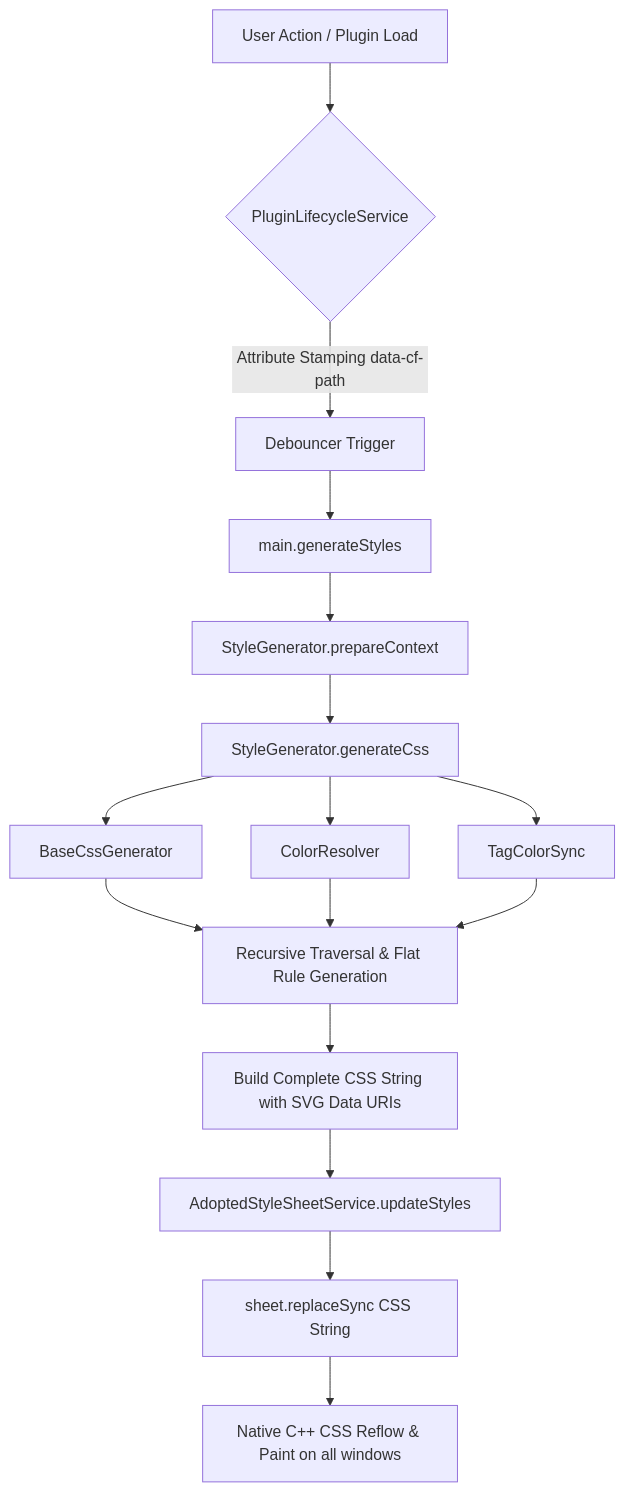
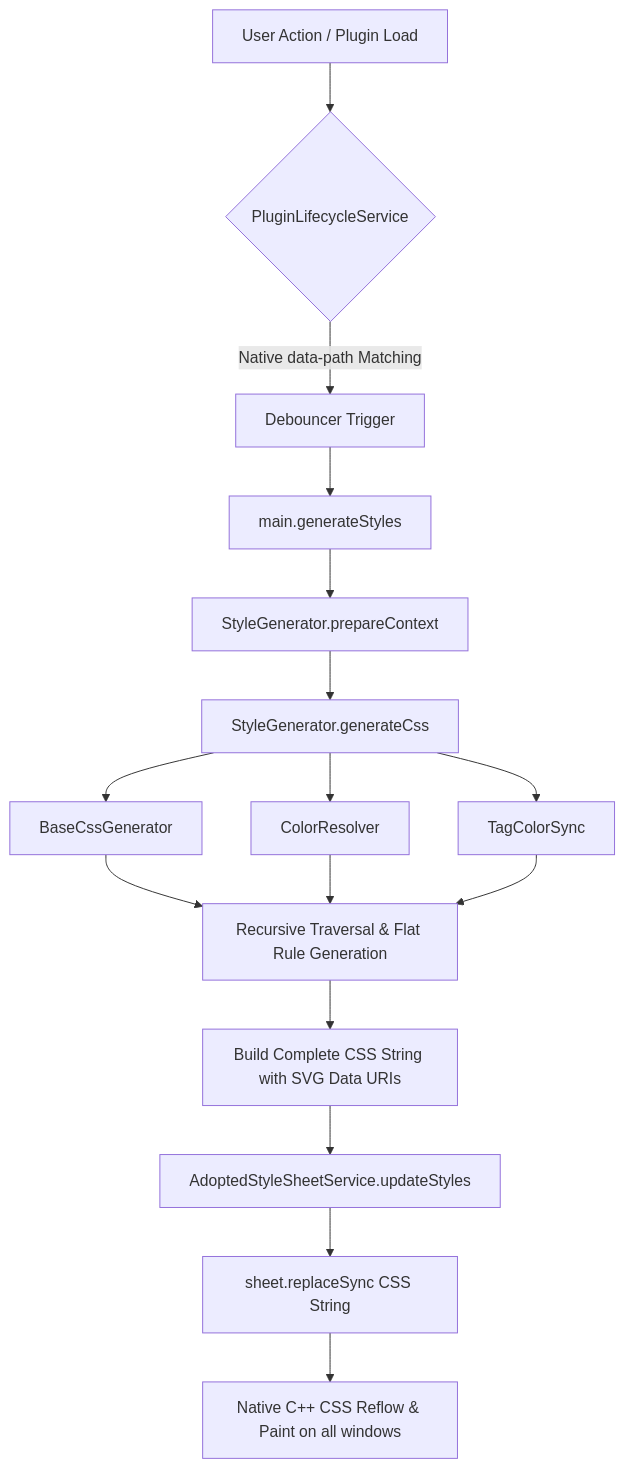
One commit to RohitNahar-Offical/colorful-folders-obsidian changed the first of 6 diagrams in docs/ARCHITECTURE.md. Above: the diagram before and after it, drawn with Mermaid. The commit also changed other lines of this file and 3 other files, not shown here.

Commit message:
docs: add comprehensive documentation covering architectural specs, engine internals, and codebase guides.

````diff
--- a/docs/ARCHITECTURE.md
+++ b/docs/ARCHITECTURE.md
@@ -21,18 +21,18 @@
 ```mermaid
 graph TD
     A[User Action / Plugin Load] --> B{PluginLifecycleService}
-    B -->|Attribute Stamping data-cf-path| C[Debouncer Trigger]
+    B -->|Native data-path Matching| C[Debouncer Trigger]
     C --> D[main.generateStyles]
     D --> E[StyleGenerator.prepareContext]
     E --> F[StyleGenerator.generateCss]
     F --> G1[BaseCssGenerator]
     F --> G2[ColorResolver]
     F --> G3[TagColorSync]
     G1 --> H[Recursive Traversal & Flat Rule Generation]
     G2 --> H
     G3 --> H
     H --> I[Build Complete CSS String with SVG Data URIs]
     I --> J[AdoptedStyleSheetService.updateStyles]
     J --> K[sheet.replaceSync CSS String]
     K --> L[Native C++ CSS Reflow & Paint on all windows]
 ```
````
